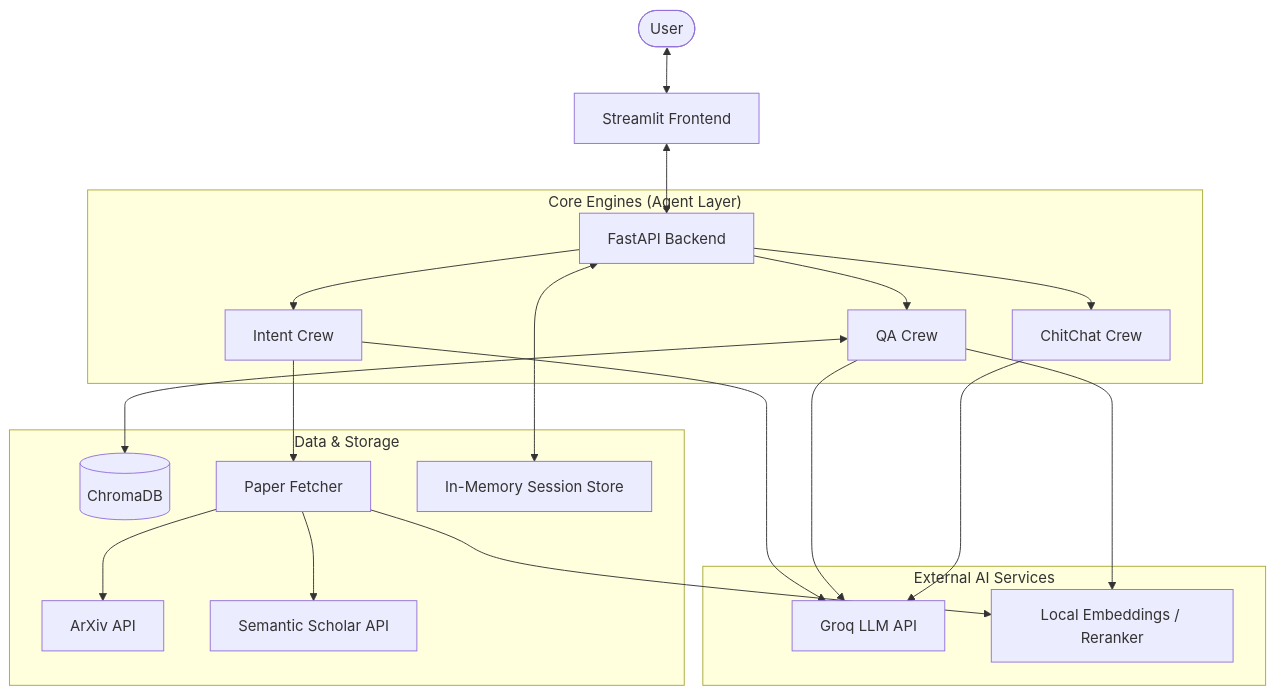
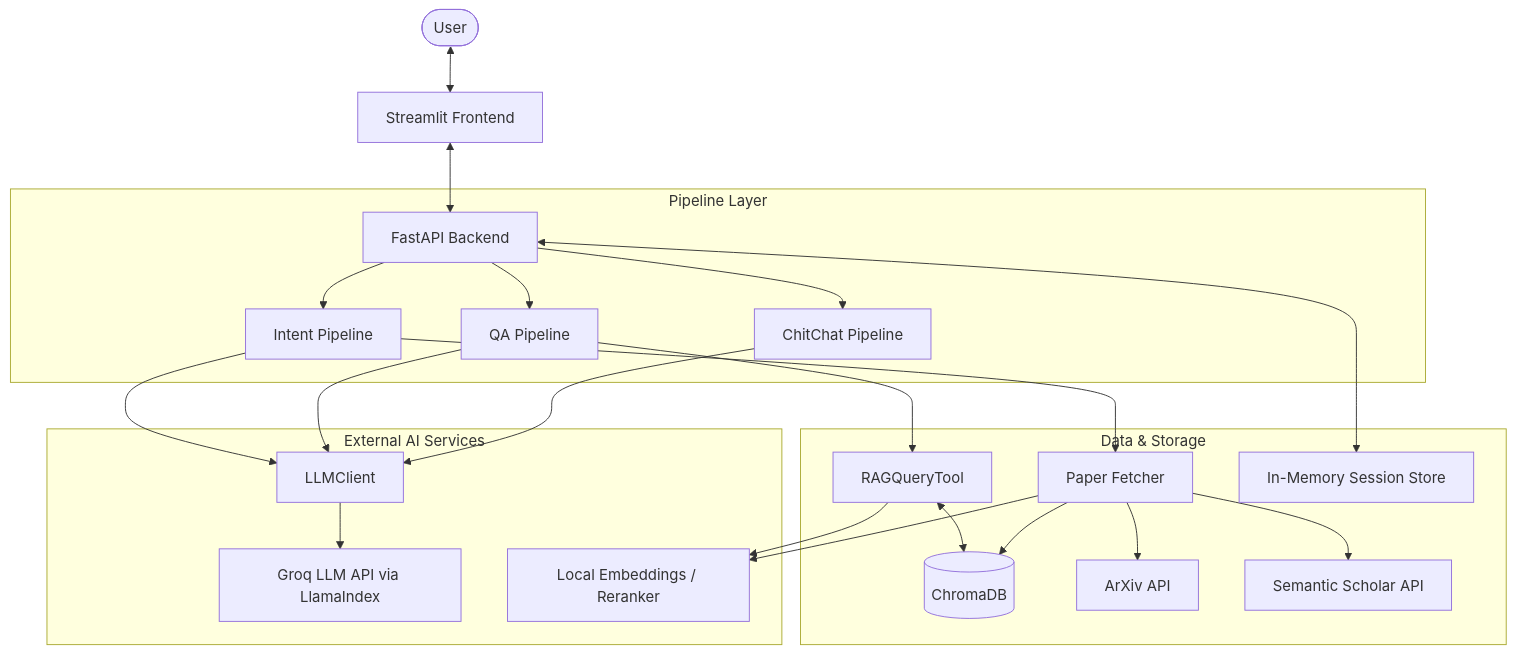
The diagram in docs.md (SaiRamAditya8/rag-research-agent), drawn with Mermaid before and after one commit. The commit also changed other lines of this file and 20 other files, not shown here.

Commit message:
Shifted from crewAi to normal pipeline

````diff
--- a/docs.md
+++ b/docs.md
@@ -77,25 +79,28 @@
 ```mermaid
 graph TD
     User([User]) <--> Frontend[Streamlit Frontend]
     Frontend <--> BackendAPI[FastAPI Backend]
 
-    subgraph "Core Engines (Agent Layer)"
-        BackendAPI --> IntentCrew[Intent Crew]
-        BackendAPI --> QACrew[QA Crew]
-        BackendAPI --> ChitChatCrew[ChitChat Crew]
+    subgraph "Pipeline Layer"
+        BackendAPI --> IntentPipeline[Intent Pipeline]
+        BackendAPI --> QAPipeline[QA Pipeline]
+        BackendAPI --> ChitChatPipeline[ChitChat Pipeline]
     end
 
     subgraph "Data & Storage"
-        QACrew <--> VectorDB[(ChromaDB)]
-        IntentCrew --> PaperFetcher[Paper Fetcher]
+        QAPipeline --> RAGTool[RAGQueryTool]
+        RAGTool <--> VectorDB[(ChromaDB)]
+        IntentPipeline --> PaperFetcher[Paper Fetcher]
         PaperFetcher --> ArXivAPI[ArXiv API]
         PaperFetcher --> SemanticScholar[Semantic Scholar API]
+        PaperFetcher --> VectorDB
         BackendAPI <--> Memory[In-Memory Session Store]
     end
 
     subgraph "External AI Services"
-        IntentCrew & QACrew & ChitChatCrew --> GroqAPI[Groq LLM API]
-        QACrew --> HuggingFace[Local Embeddings / Reranker]
+        IntentPipeline & QAPipeline & ChitChatPipeline --> LLMClient[LLMClient]
+        LLMClient --> GroqAPI[Groq LLM API via LlamaIndex]
+        RAGTool --> HuggingFace[Local Embeddings / Reranker]
         PaperFetcher --> HuggingFace
     end
 ```
````
